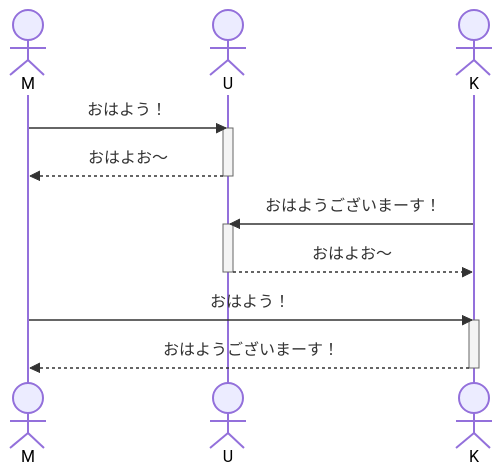
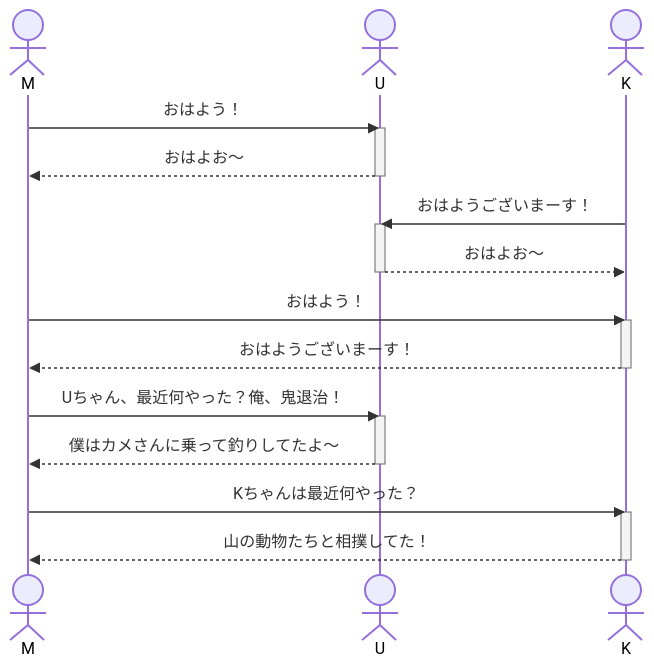
Before and after one commit to tpu-game-2023/mermaid_test: the second of 3 diagrams in README.md, drawn with Mermaid.

Commit message:
確認テスト

````diff
--- a/README.md
+++ b/README.md
@@ -40,18 +40,26 @@
 ```mermaid
 sequenceDiagram
     actor M
     actor U
     actor K
     M->>U: おはよう！
     activate U
     U-->>M: おはよお～
     deactivate U
     K->>U: おはようございまーす！
     activate U
     U-->>K: おはよお～
     deactivate U
     M->>K: おはよう！
     activate K
     K-->>M: おはようございまーす！
     deactivate K
+    M->>U: Uちゃん、最近何やった？俺、鬼退治！
+    activate U
+    U-->>M: 僕はカメさんに乗って釣りしてたよ～
+    deactivate U
+    M->>K: Kちゃんは最近何やった？
+    activate K
+    K-->>M: 山の動物たちと相撲してた！
+    deactivate K
 ```
````
